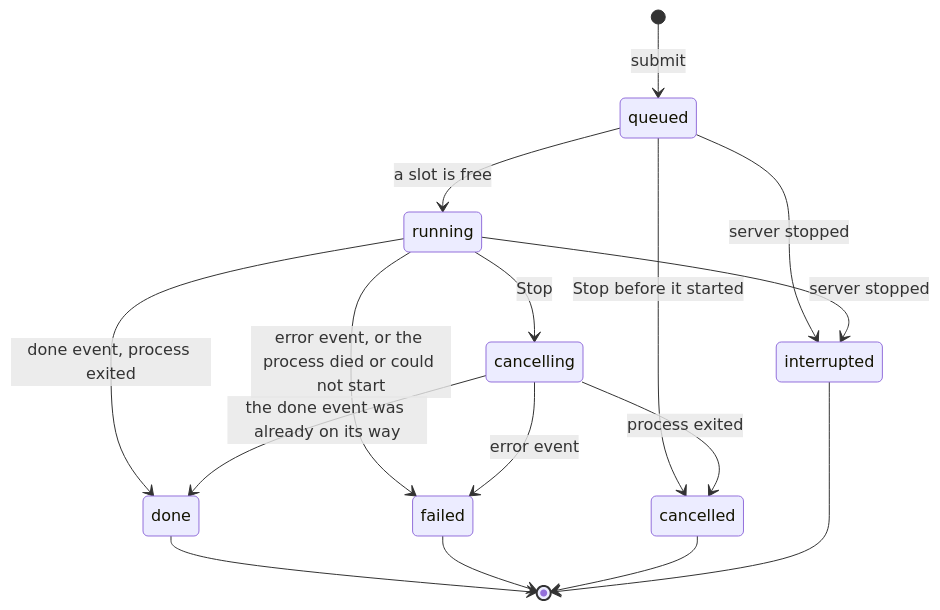
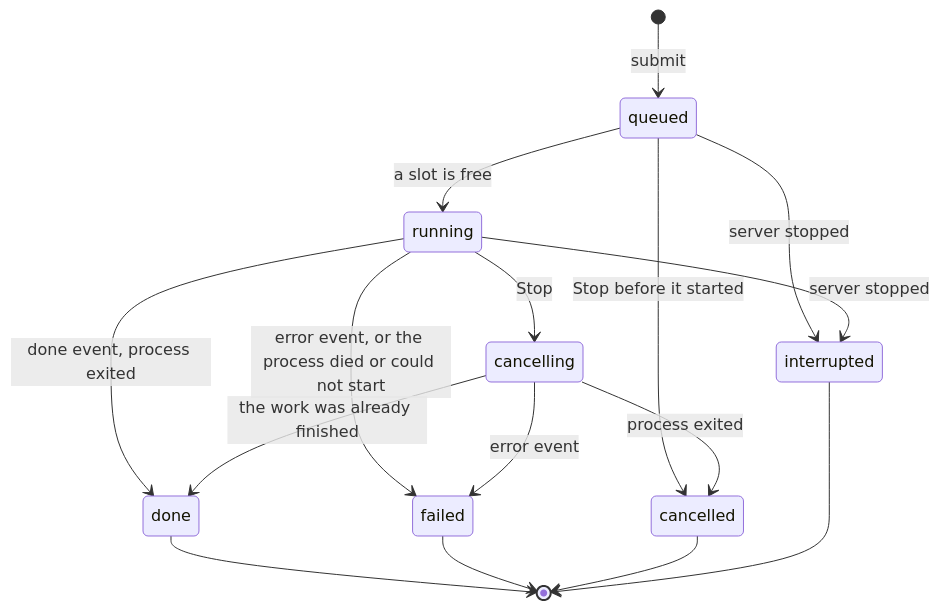
Before and after one commit to Aziyck/SATsolver: the sixth of 8 diagrams in docs/guide/architecture.md, drawn with Mermaid. The commit also changed other lines of this file and 3 other files, not shown here.

First line of the commit message:
A18: a Stop after the work is finished no longer ends a job as cancelled

````diff
--- a/docs/guide/architecture.md
+++ b/docs/guide/architecture.md
@@ -431,18 +431,18 @@
 ```mermaid
 stateDiagram-v2
     [*] --> queued: submit
     queued --> running: a slot is free
     queued --> cancelled: Stop before it started
     running --> cancelling: Stop
     running --> done: done event, process exited
     running --> failed: error event, or the process died or could not start
     cancelling --> cancelled: process exited
-    cancelling --> done: the done event was already on its way
+    cancelling --> done: the work was already finished
     cancelling --> failed: error event
     queued --> interrupted: server stopped
     running --> interrupted: server stopped
     done --> [*]
     failed --> [*]
     cancelled --> [*]
     interrupted --> [*]
 ```
````
